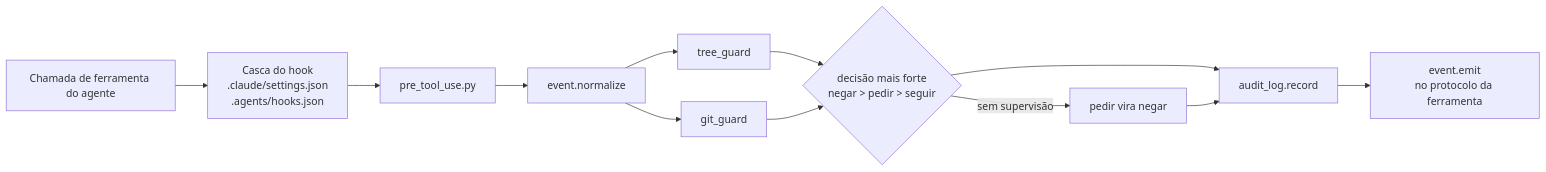
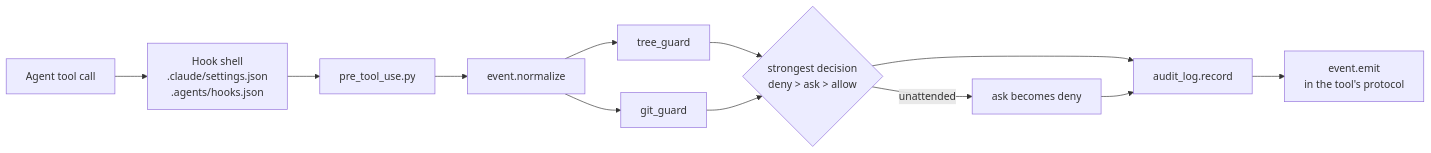
Before and after one commit to ddmdros/agent-harness: the diagram in README.md, drawn with Mermaid. The commit also changed other lines of this file and 6 other files, not shown here.

````diff
--- a/README.md
+++ b/README.md
@@ -45,14 +43,14 @@
 ```mermaid
 flowchart LR
-    A[Chamada de ferramenta do agente] --> B[Casca do hook<br/>.claude/settings.json<br/>.agents/hooks.json]
+    A[Agent tool call] --> B[Hook shell<br/>.claude/settings.json<br/>.agents/hooks.json]
     B --> C[pre_tool_use.py]
     C --> D[event.normalize]
     D --> E[tree_guard]
     D --> F[git_guard]
-    E --> G{decisão mais forte<br/>negar > pedir > seguir}
+    E --> G{strongest decision<br/>deny > ask > allow}
     F --> G
-    G -->|sem supervisão| H[pedir vira negar]
+    G -->|unattended| H[ask becomes deny]
     G --> I[audit_log.record]
     H --> I
-    I --> J[event.emit<br/>no protocolo da ferramenta]
+    I --> J[event.emit<br/>in the tool's protocol]
 ```
````
